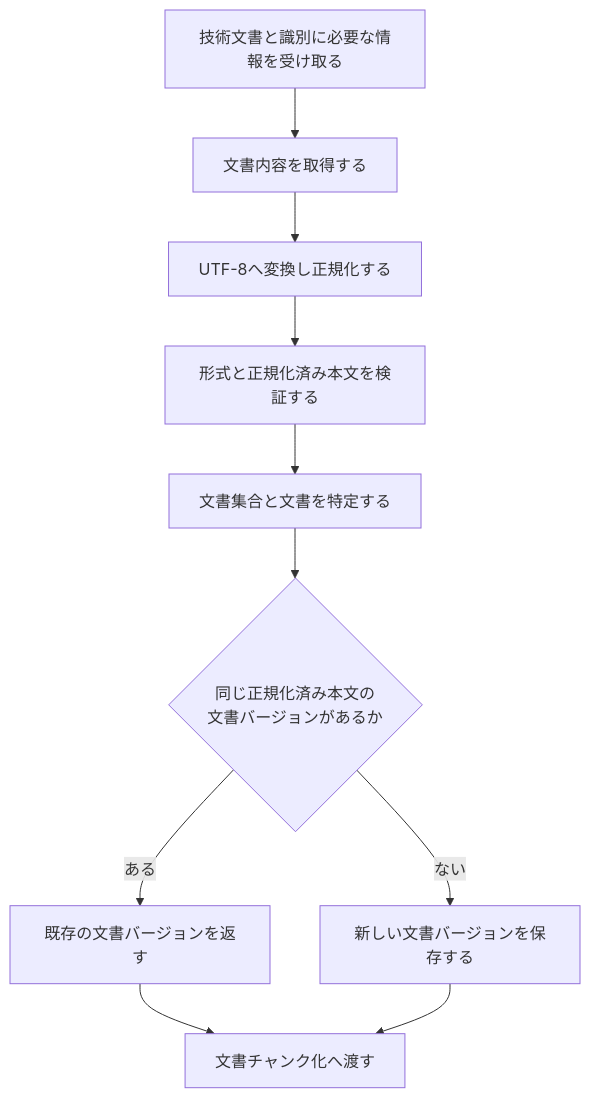
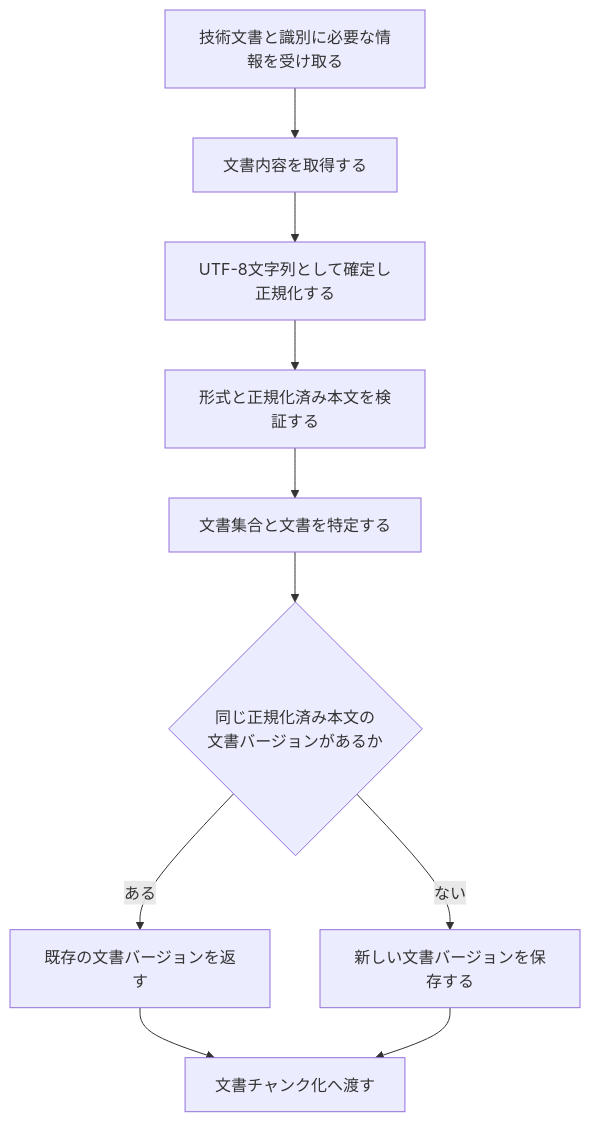
Before and after one commit to takashit16833/RAGScope: the diagram in project-docs/design/domains/documents/文書取り込み設計.md, drawn with Mermaid. The commit also changed other lines of this file, not shown here.

````diff
--- a/project-docs/design/domains/documents/文書取り込み設計.md
+++ b/project-docs/design/domains/documents/文書取り込み設計.md
@@ -41,16 +41,16 @@
 ```mermaid
 flowchart TD
     Receive["技術文書と識別に必要な情報を受け取る"]
     Read["文書内容を取得する"]
-    Normalize["UTF-8へ変換し正規化する"]
+    Normalize["UTF-8文字列として確定し正規化する"]
     Validate["形式と正規化済み本文を検証する"]
     Identify["文書集合と文書を特定する"]
     Compare{"同じ正規化済み本文の<br>文書バージョンがあるか"}
     Reuse["既存の文書バージョンを返す"]
     Create["新しい文書バージョンを保存する"]
     Handoff["文書チャンク化へ渡す"]
 
     Receive --> Read --> Normalize --> Validate --> Identify --> Compare
     Compare -->|ある| Reuse --> Handoff
     Compare -->|ない| Create --> Handoff
 ```
````
